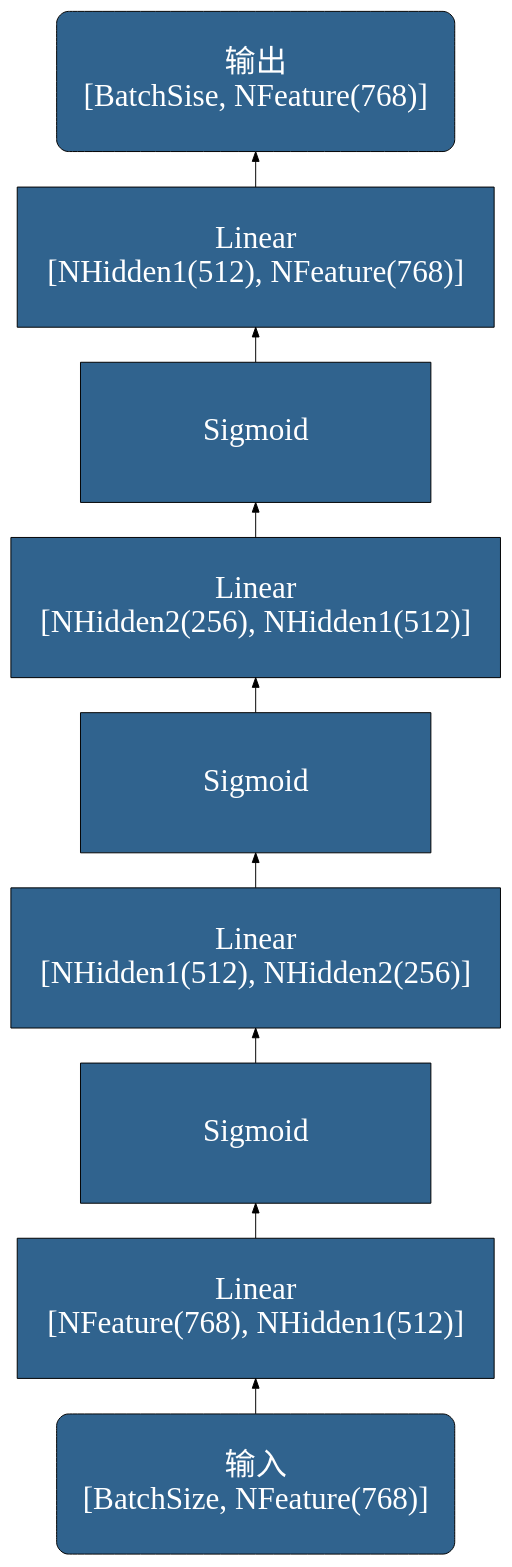
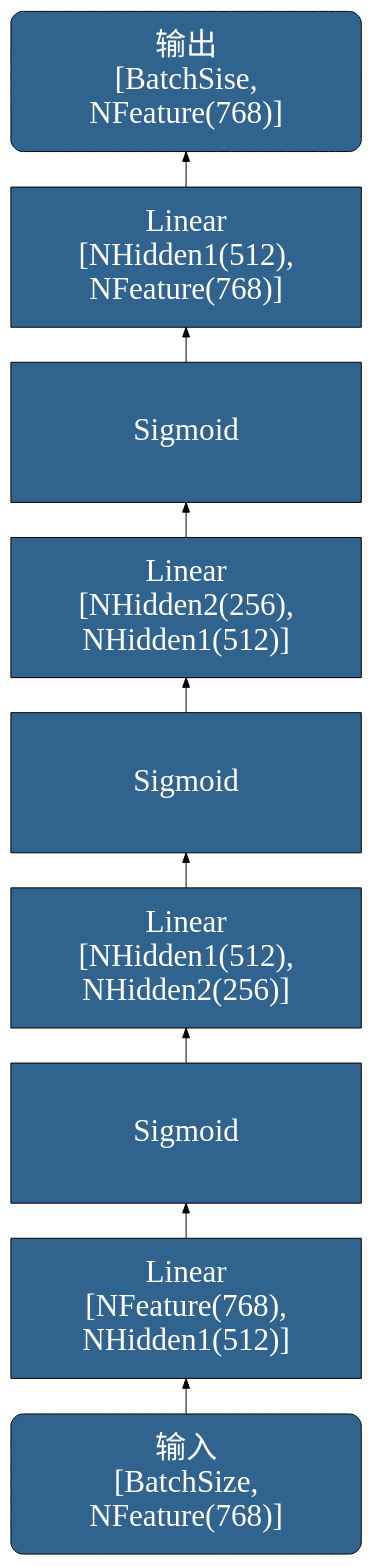
The diagram in docs/basic_dl_arch/4_1_sae.dot (OpenDocCN/python-code-anls), drawn with Graphviz before and after one commit. The commit also changed 3 other files, not shown here.

```diff
--- a/docs/basic_dl_arch/4_1_sae.dot
+++ b/docs/basic_dl_arch/4_1_sae.dot
@@ -1,27 +1,27 @@
 digraph StackAutoEncoder {
 	rankdir=BT
     node [
 		style=filled, 
 		color=Black
 		fontcolor=White, 
 		fillcolor="#30638e", 
 		fontname="SimHei",
 		fontsize=32,
 		width=5, height=2,
 		shape="box",
 	]
 	
 	
-	inp     [label="输入\n[BatchSize, NFeature(768)]", shape="Mrecord"]
-	ll1     [label="Linear\n[NFeature(768), NHidden1(512)]"]
+	inp     [label="输入\n[BatchSize,\n NFeature(768)]", shape="Mrecord"]
+	ll1     [label="Linear\n[NFeature(768),\n NHidden1(512)]"]
     σ1      [label="Sigmoid"]
-    ll2     [label="Linear\n[NHidden1(512), NHidden2(256)]"]
+    ll2     [label="Linear\n[NHidden1(512),\n NHidden2(256)]"]
     σ2      [label="Sigmoid"]
-    ll3     [label="Linear\n[NHidden2(256), NHidden1(512)]"]
+    ll3     [label="Linear\n[NHidden2(256),\n NHidden1(512)]"]
     σ3      [label="Sigmoid"]
-    ll4     [label="Linear\n[NHidden1(512), NFeature(768)]"]
-	oup     [label="输出\n[BatchSise, NFeature(768)]", shape="Mrecord"]
+    ll4     [label="Linear\n[NHidden1(512),\n NFeature(768)]"]
+	oup     [label="输出\n[BatchSise,\n NFeature(768)]", shape="Mrecord"]
 	
 	inp -> ll1 -> σ1 -> ll2 -> σ2
         -> ll3 -> σ3 -> ll4 -> oup
 }
```
